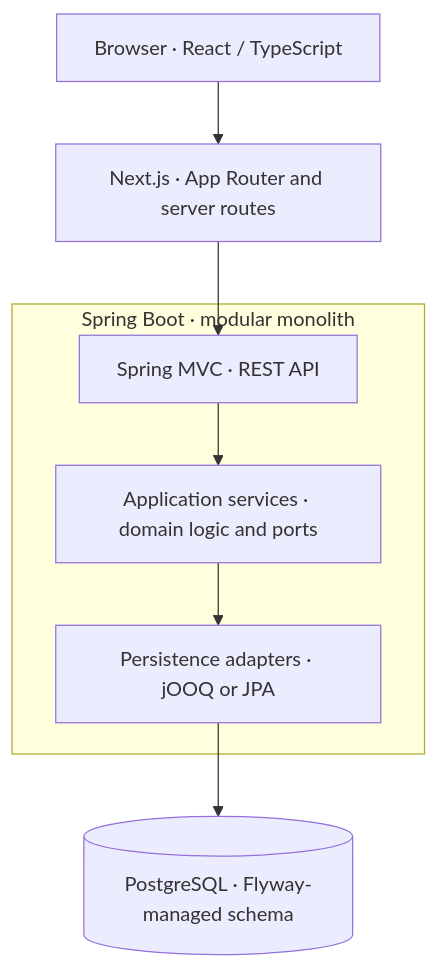
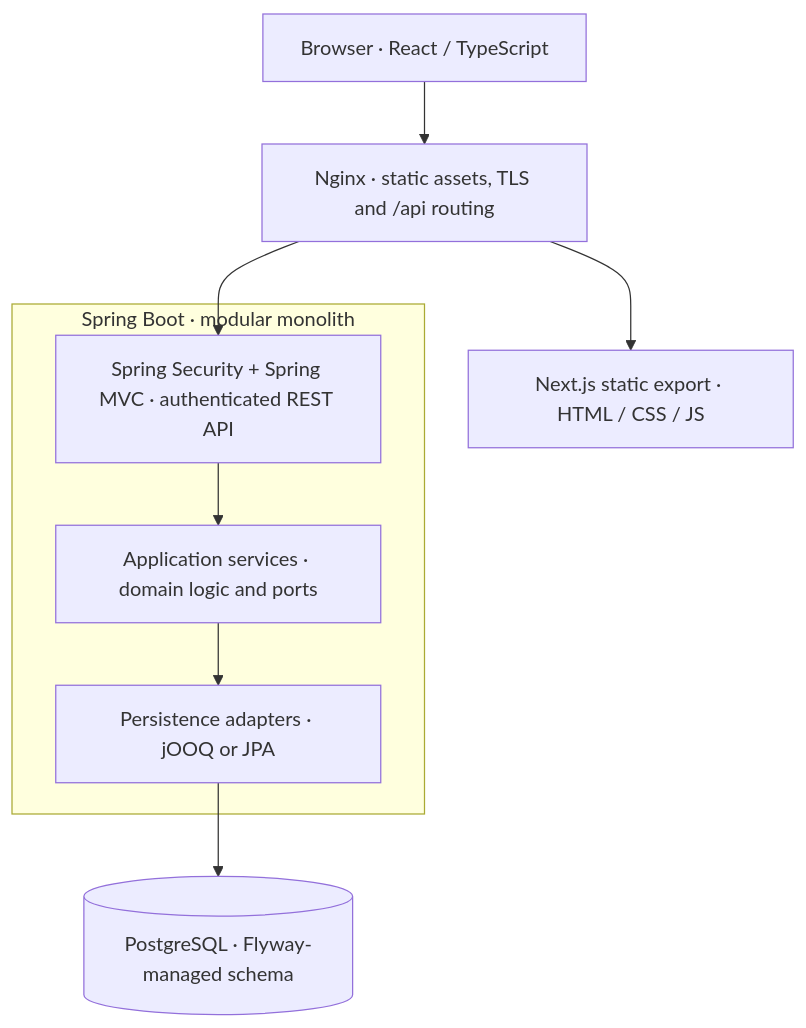
Before and after one commit to frederik-hoeft/min-favs-sharewise: the diagram in docs/stack/overview.md, drawn with Mermaid. The commit also changed other lines of this file and 8 other files, not shown here.

Commit message:
design IAM and security architecture

````diff
--- a/docs/stack/overview.md
+++ b/docs/stack/overview.md
@@ -11,10 +11,11 @@
 ```mermaid
 flowchart TB
-    browser["Browser · React / TypeScript"] --> next["Next.js · App Router and server routes"]
-    next --> api["Spring MVC · REST API"]
+    browser["Browser · React / TypeScript"] --> nginx["Nginx · static assets, TLS and /api routing"]
+    nginx --> assets["Next.js static export · HTML / CSS / JS"]
+    nginx --> api["Spring Security + Spring MVC · authenticated REST API"]
     subgraph backend["Spring Boot · modular monolith"]
         api --> core["Application services · domain logic and ports"]
         core --> adapters["Persistence adapters · jOOQ or JPA"]
     end
     adapters --> db[("PostgreSQL · Flyway-managed schema")]
 ```
````
